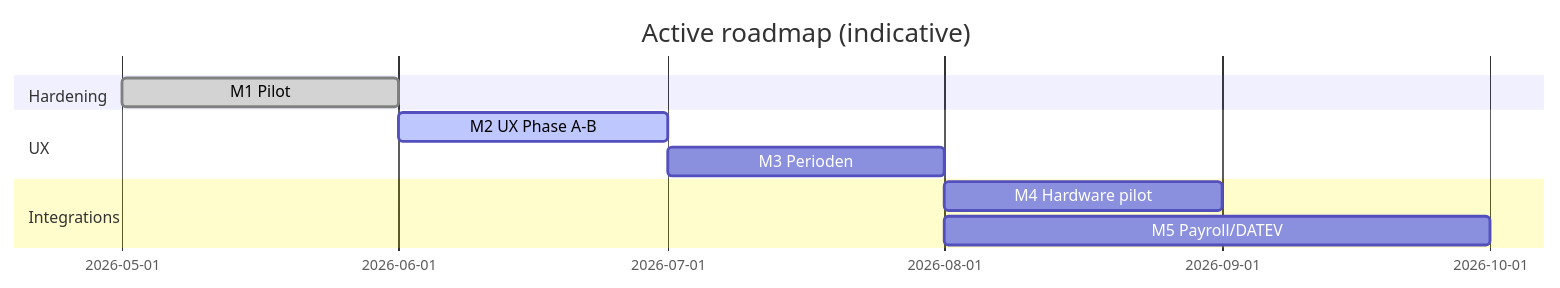
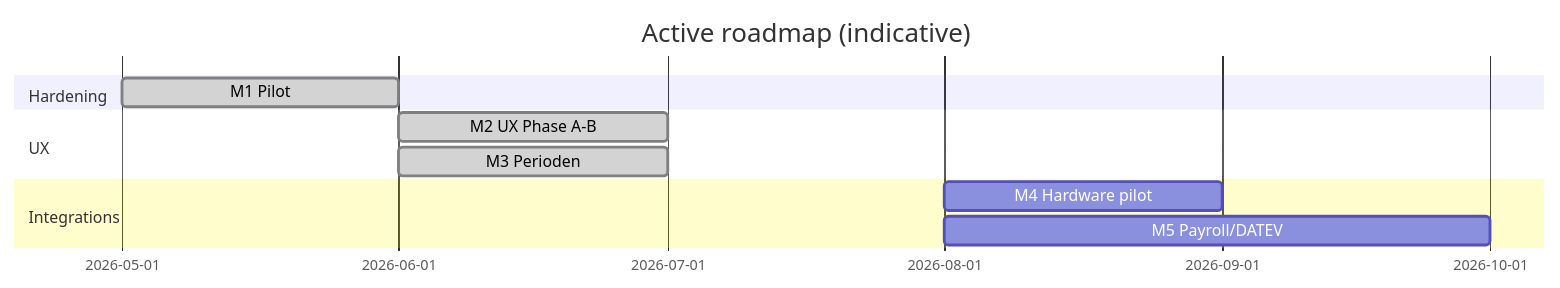
One commit to malicorX/timeShards changed the diagram in ROADMAP.md. Above: the diagram before and after it, drawn with Mermaid. The commit also changed other lines of this file and 2 other files, not shown here.

````diff
--- a/ROADMAP.md
+++ b/ROADMAP.md
@@ -147,13 +149,13 @@
 ```mermaid
 gantt
   title Active roadmap (indicative)
   dateFormat YYYY-MM
   section Hardening
   M1 Pilot           :done, 2026-05, 2026-06
   section UX
-  M2 UX Phase A-B    :active, 2026-06, 2026-07
-  M3 Perioden        :2026-07, 2026-08
+  M2 UX Phase A-B    :done, 2026-06, 2026-07
+  M3 Perioden        :done, 2026-06, 2026-07
   section Integrations
   M4 Hardware pilot  :2026-08, 2026-09
   M5 Payroll/DATEV   :2026-08, 2026-10
 ```
````
